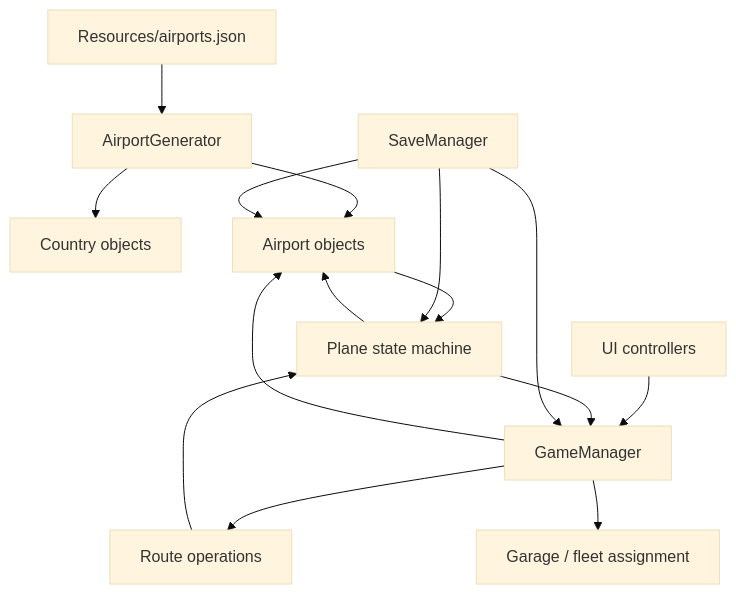
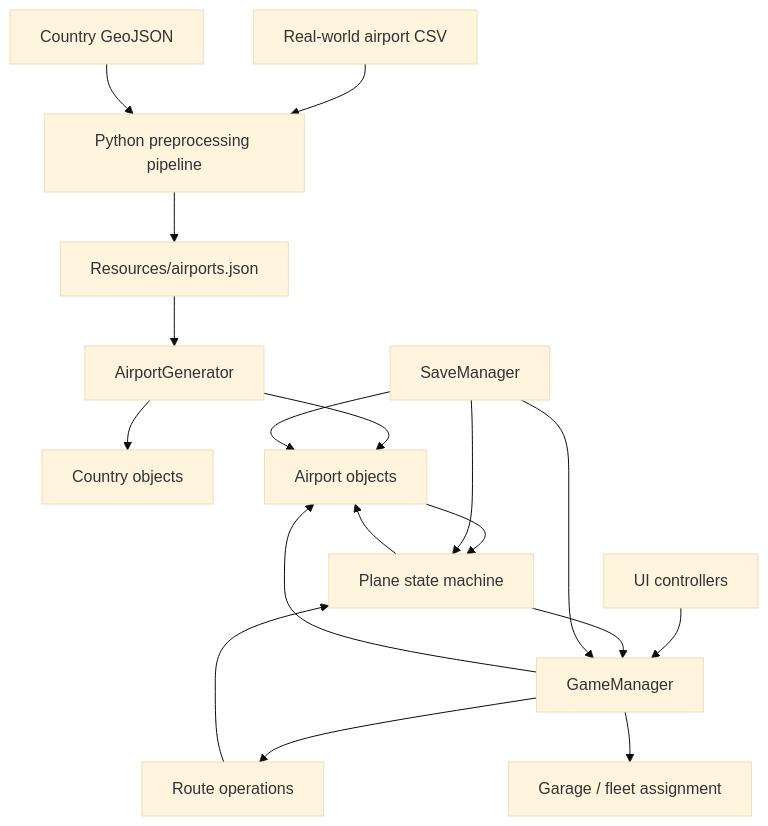
The diagram in docs/architecture.md (Pval-Dev/transit-empire), drawn with Mermaid (base theme) before and after one commit. The commit also changed other lines of this file, not shown here.

Commit message:
docs: document airport preprocessing architecture

````diff
--- a/docs/architecture.md
+++ b/docs/architecture.md
@@ -7,20 +7,23 @@
 ```mermaid
 flowchart TD
-    JSON["Resources/airports.json"] --> Generator["AirportGenerator"]
+    CSV["Real-world airport CSV"] --> Python["Python preprocessing pipeline"]
+    GeoJSON["Country GeoJSON"] --> Python
+    Python --> JSON["Resources/airports.json"]
+    JSON --> Generator["AirportGenerator"]
     Generator --> Country["Country objects"]
     Generator --> Airport["Airport objects"]
 
     UI["UI controllers"] --> GM["GameManager"]
     GM --> Airport
     GM --> Route["Route operations"]
     GM --> Fleet["Garage / fleet assignment"]
 
     Route --> Plane["Plane state machine"]
     Airport --> Plane
     Plane --> GM
     Plane --> Airport
 
     Save["SaveManager"] --> GM
     Save --> Airport
     Save --> Plane
 ```
````
